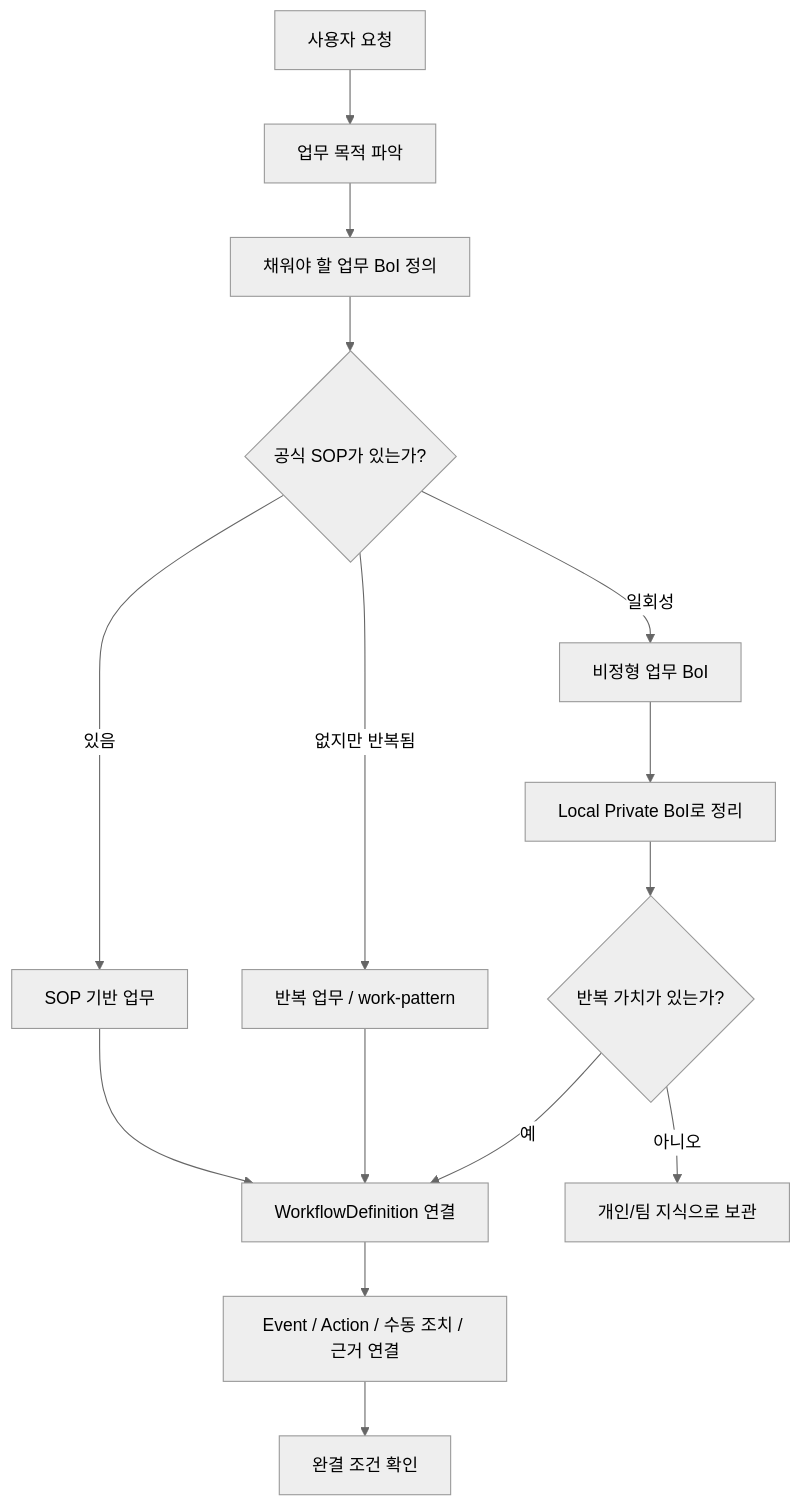
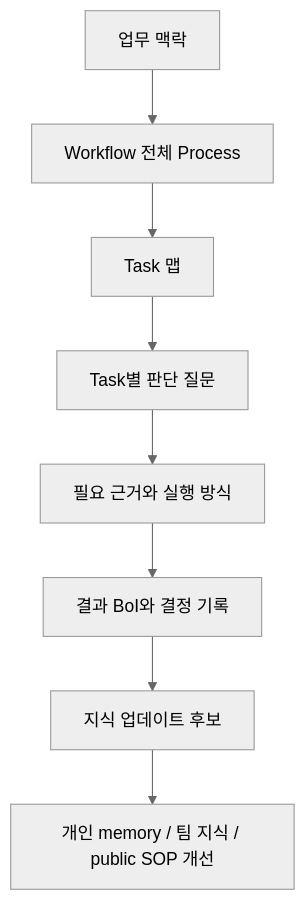
Before and after one commit to chokukil/boi-wiki: the diagram in data/boi/public/boi-wiki-manual/concepts/work-boi-first-model.md, drawn with Mermaid (neutral theme). The commit also changed other lines of this file and 31 other files, not shown here.

````diff
--- a/data/boi/public/boi-wiki-manual/concepts/work-boi-first-model.md
+++ b/data/boi/public/boi-wiki-manual/concepts/work-boi-first-model.md
@@ -34,17 +36,10 @@
 ```mermaid
 flowchart TD
-  Q["사용자 요청"] --> G["업무 목적 파악"]
-  G --> B["채워야 할 업무 BoI 정의"]
-  B --> D{"공식 SOP가 있는가?"}
-  D -->|"있음"| S["SOP 기반 업무"]
-  D -->|"없지만 반복됨"| P["반복 업무 / work-pattern"]
-  D -->|"일회성"| A["비정형 업무 BoI"]
-  S --> W["WorkflowDefinition 연결"]
-  P --> W
-  A --> L["Local Private BoI로 정리"]
-  L --> R{"반복 가치가 있는가?"}
-  R -->|"예"| W
-  R -->|"아니오"| K["개인/팀 지식으로 보관"]
-  W --> E["Event / Action / 수동 조치 / 근거 연결"]
-  E --> C["완결 조건 확인"]
+  C["업무 맥락"] --> W["Workflow 전체 Process"]
+  W --> T["Task 맵"]
+  T --> D["Task별 판단 질문"]
+  D --> E["필요 근거와 실행 방식"]
+  E --> R["결과 BoI와 결정 기록"]
+  R --> K["지식 업데이트 후보"]
+  K --> M["개인 memory / 팀 지식 / public SOP 개선"]
 ```
````
